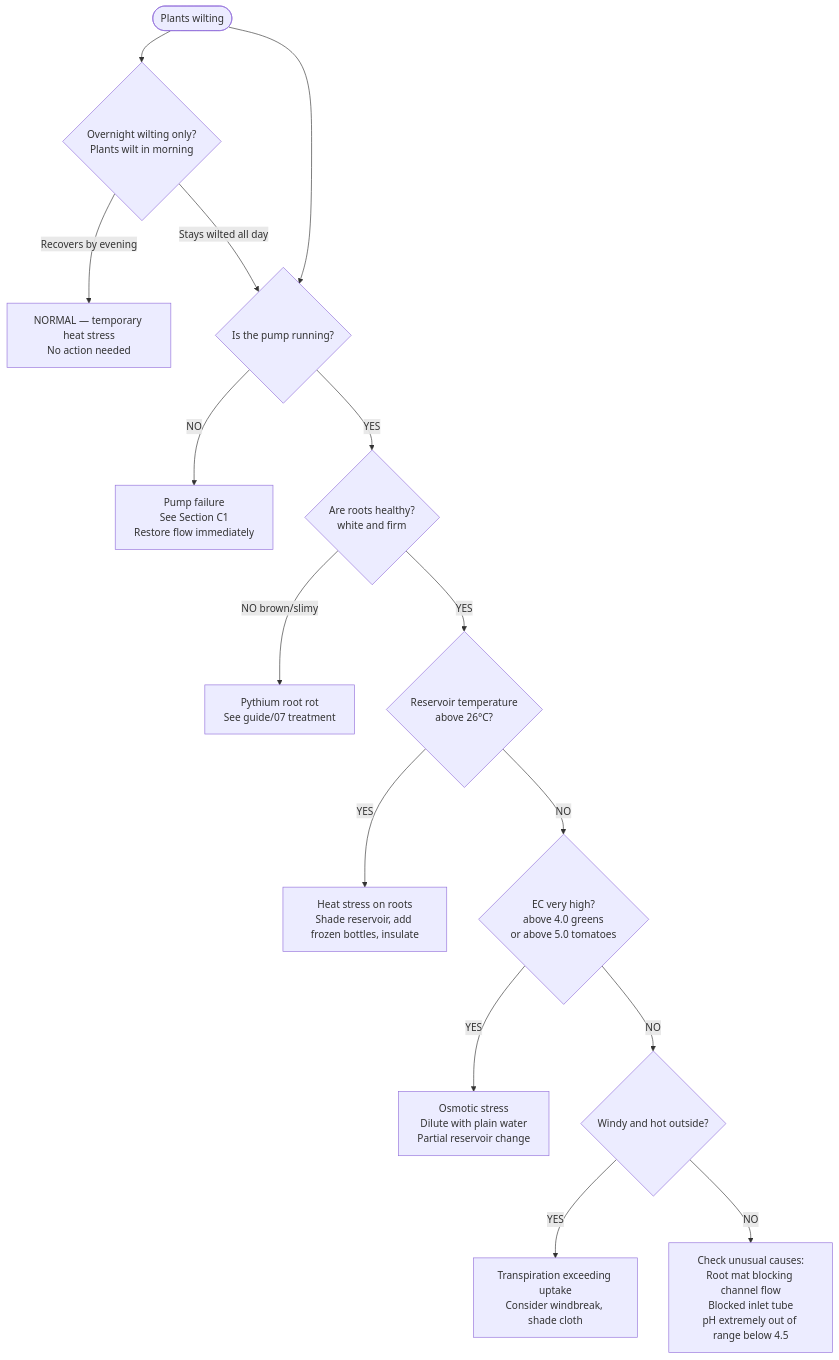
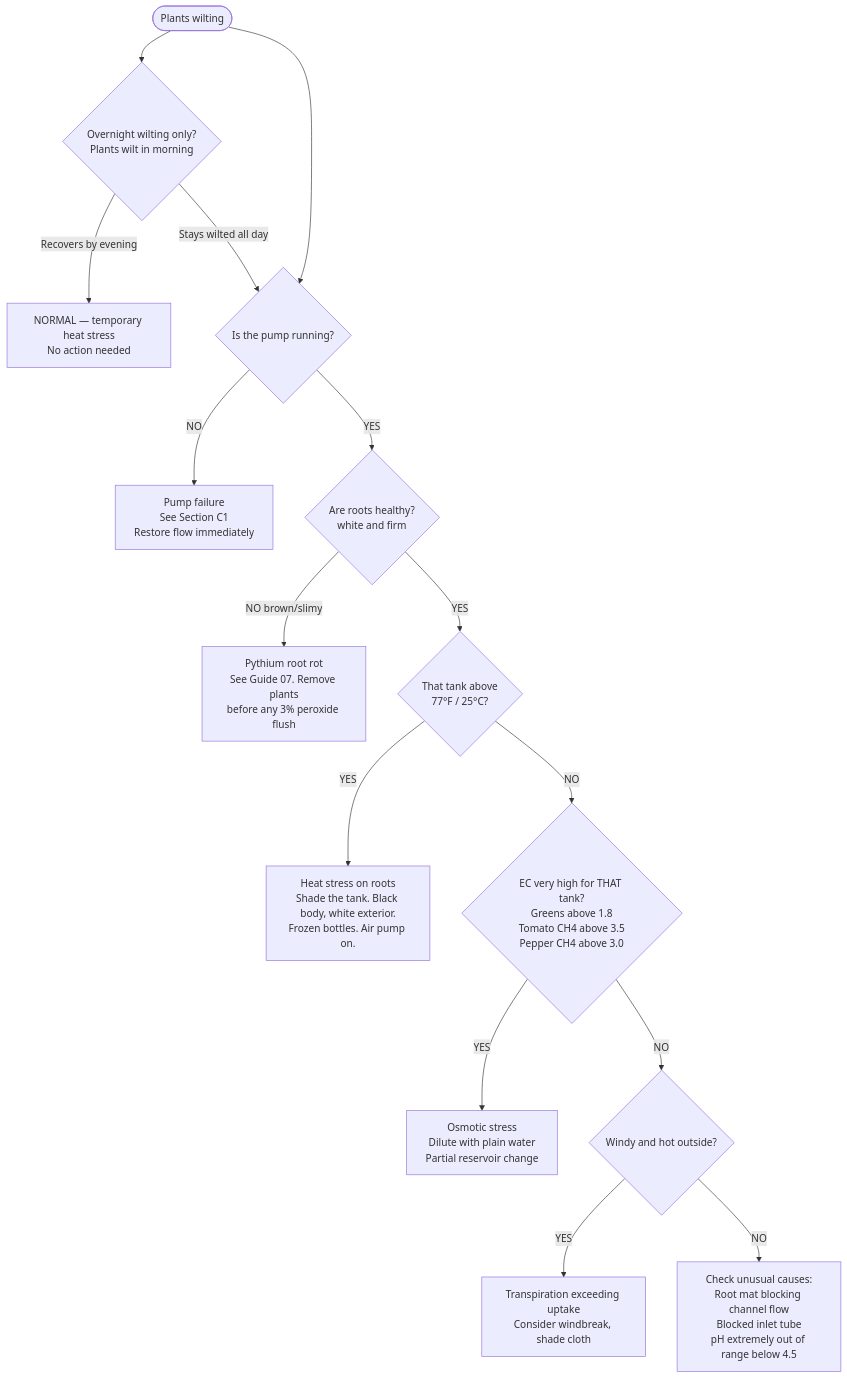
Before and after one commit to UncleJS/guide_hydroponics: the second of 4 diagrams in guide/nft/09-troubleshooting.md, drawn with Mermaid. The commit also changed other lines of this file and 35 other files, not shown here.

````diff
--- a/guide/nft/09-troubleshooting.md
+++ b/guide/nft/09-troubleshooting.md
@@ -298,28 +310,28 @@
 ```mermaid
 flowchart TD
     Start([Plants wilting])
 
     Start --> Overnight{Overnight wilting only?<br/>Plants wilt in morning}
     Overnight -->|Recovers by evening| Normal[NORMAL — temporary heat stress<br/>No action needed]
     Overnight -->|Stays wilted all day| Pump
 
     Start --> Pump{Is the pump running?}
     Pump -->|NO| PumpFix[Pump failure<br/>See Section C1<br/>Restore flow immediately]
     Pump -->|YES| Roots
 
     Roots{Are roots healthy?<br/>white and firm}
-    Roots -->|NO brown/slimy| Pythium[Pythium root rot<br/>See guide/07 treatment]
+    Roots -->|NO brown/slimy| Pythium[Pythium root rot<br/>See Guide 07. Remove plants<br/>before any 3% peroxide flush]
     Roots -->|YES| Temp
 
-    Temp{Reservoir temperature<br/>above 26°C?}
-    Temp -->|YES| HeatStress[Heat stress on roots<br/>Shade reservoir, add frozen bottles, insulate]
+    Temp{That tank above<br/>77°F / 25°C?}
+    Temp -->|YES| HeatStress[Heat stress on roots<br/>Shade the tank. Black body, white exterior.<br/>Frozen bottles. Air pump on.]
     Temp -->|NO| EC
 
-    EC{EC very high?<br/>above 4.0 greens<br/>or above 5.0 tomatoes}
+    EC{EC very high for THAT tank?<br/>Greens above 1.8<br/>Tomato CH4 above 3.5<br/>Pepper CH4 above 3.0}
     EC -->|YES| Osmotic[Osmotic stress<br/>Dilute with plain water<br/>Partial reservoir change]
     EC -->|NO| Wind
 
     Wind{Windy and hot outside?}
     Wind -->|YES| Transpiration[Transpiration exceeding uptake<br/>Consider windbreak, shade cloth]
     Wind -->|NO| Unusual[Check unusual causes:<br/>Root mat blocking channel flow<br/>Blocked inlet tube<br/>pH extremely out of range below 4.5]
 ```
````
